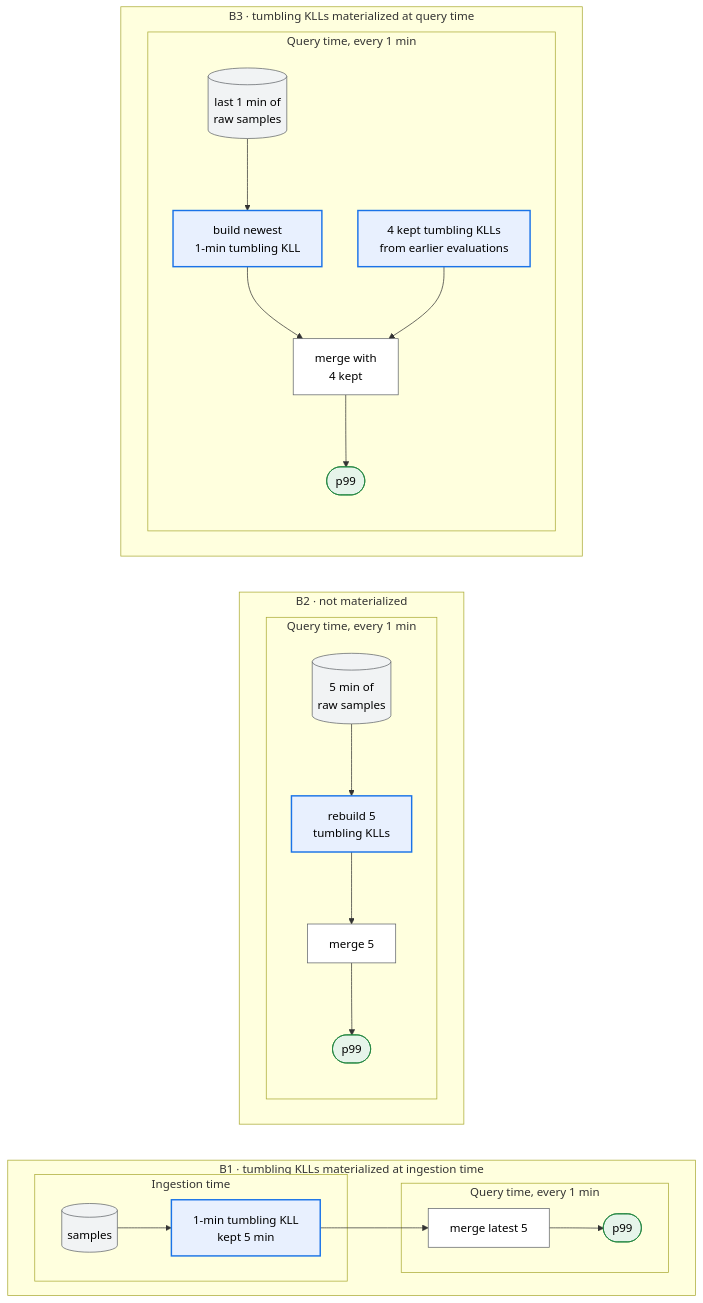
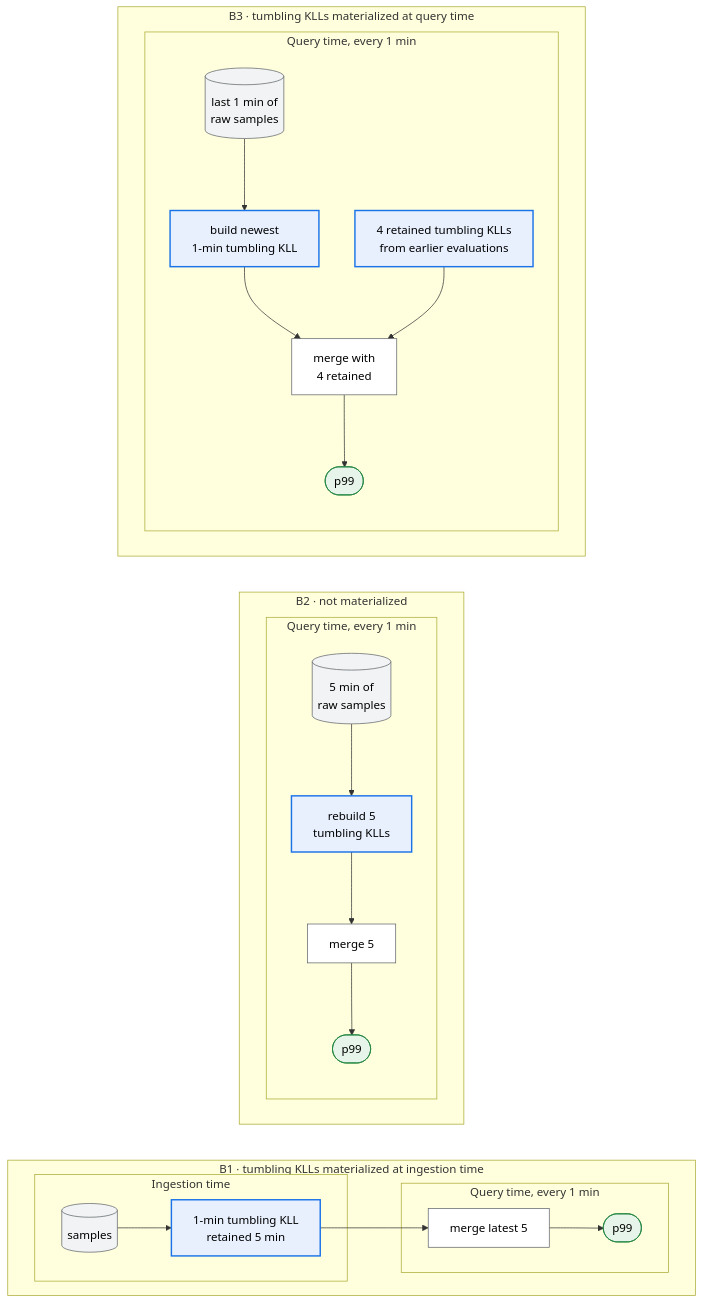
Before and after one commit to ProjectASAP/ASAPPlanner: diagram 16 of 16 in docs/design_docs/proposals/planner-layering.md, drawn with Mermaid. The commit also changed other lines of this file and 119 other files, not shown here.

````diff
--- a/docs/design_docs/proposals/planner-layering.md
+++ b/docs/design_docs/proposals/planner-layering.md
@@ -1903,30 +1903,30 @@
 ```mermaid
 flowchart LR
   subgraph B1["B1 · tumbling KLLs materialized at ingestion time"]
     direction LR
     subgraph B1I["Ingestion time"]
-      s1[("samples")]:::data --> p1["1-min tumbling KLL<br/>kept 5 min"]:::summary
+      s1[("samples")]:::data --> p1["1-min tumbling KLL<br/>retained 5 min"]:::summary
     end
     subgraph B1Q["Query time, every 1 min"]
       g1["merge latest 5"]:::exact --> r1(["p99"]):::estimate
     end
     p1 --> g1
   end
   subgraph B2["B2 · not materialized"]
     direction LR
     subgraph B2Q["Query time, every 1 min"]
       s2[("5 min of<br/>raw samples")]:::data --> k2["rebuild 5<br/>tumbling KLLs"]:::summary --> m2b["merge 5"]:::exact --> r2(["p99"]):::estimate
     end
   end
   subgraph B3["B3 · tumbling KLLs materialized at query time"]
     direction LR
     subgraph B3Q["Query time, every 1 min"]
-      s5[("last 1 min of<br/>raw samples")]:::data --> k5["build newest<br/>1-min tumbling KLL"]:::summary --> g5["merge with<br/>4 kept"]:::exact --> r5(["p99"]):::estimate
-      kp["4 kept tumbling KLLs<br/>from earlier evaluations"]:::summary --> g5
+      s5[("last 1 min of<br/>raw samples")]:::data --> k5["build newest<br/>1-min tumbling KLL"]:::summary --> g5["merge with<br/>4 retained"]:::exact --> r5(["p99"]):::estimate
+      kp["4 retained tumbling KLLs<br/>from earlier evaluations"]:::summary --> g5
     end
   end
   classDef data fill:#f1f3f4,stroke:#5f6368,color:#000;
   classDef exact fill:#fff,stroke:#5f6368,color:#000;
   classDef summary fill:#e8f0fe,stroke:#1a73e8,stroke-width:2px,color:#000;
   classDef estimate fill:#e6f4ea,stroke:#188038,color:#000;
 ```
````
